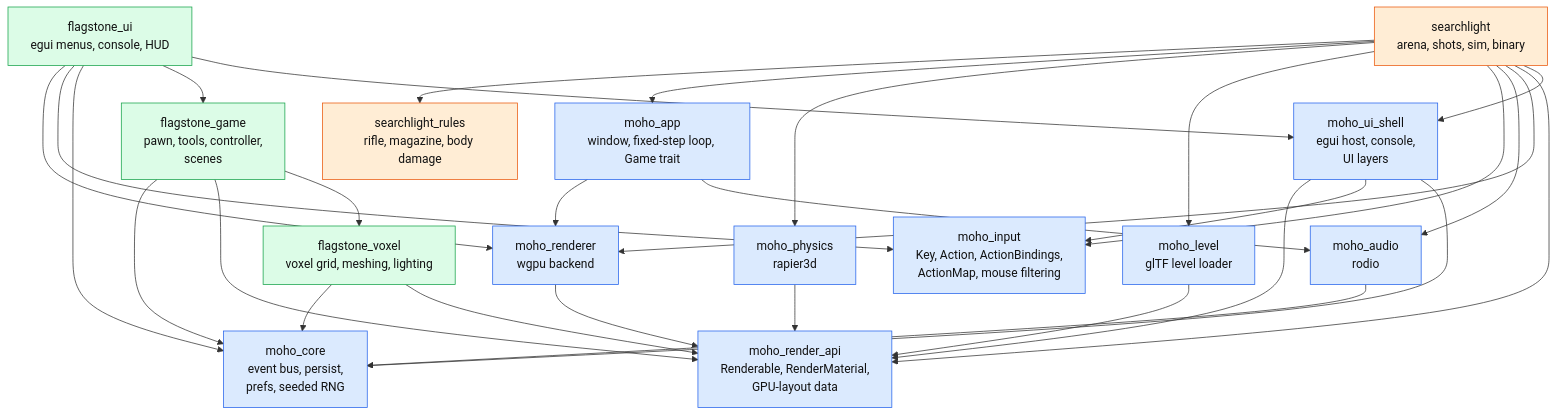
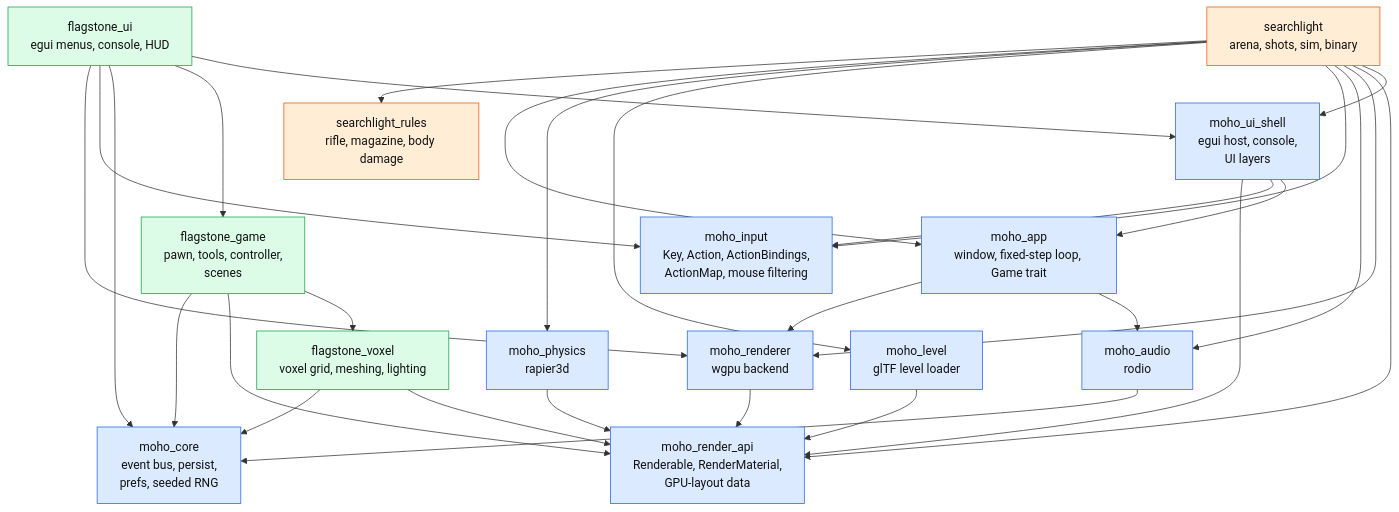
The first of 3 diagrams in wiki/architecture/overview.md (WrackedFella/moho), drawn with Mermaid before and after one commit. The commit also changed 2 other files, not shown here.

Commit message:
docs(wiki): engine console commands, the reserved console binding, shell deps (ENG-F18-05)
Refs #403

Claude-Session: https://claude.ai/code/session_01PDYRKqt8dXY7z1xHDN18fG

````diff
--- a/wiki/architecture/overview.md
+++ b/wiki/architecture/overview.md
@@ -18,33 +18,33 @@
 ```mermaid
 flowchart TD
     ui["flagstone_ui<br/>egui menus, console, HUD"]:::strategy
     game["flagstone_game<br/>pawn, tools, controller,<br/>scenes"]:::strategy
     voxel["flagstone_voxel<br/>voxel grid, meshing, lighting"]:::strategy
 
     renderer["moho_renderer<br/>wgpu backend"]:::engine
     rapi["moho_render_api<br/>Renderable, RenderMaterial,<br/>GPU-layout data"]:::engine
     core["moho_core<br/>event bus, persist,<br/>prefs, seeded RNG"]:::engine
     audio["moho_audio<br/>rodio"]:::engine
     physics["moho_physics<br/>rapier3d"]:::engine
     input["moho_input<br/>Key, Action, ActionBindings,<br/>ActionMap, mouse filtering"]:::engine
     app["moho_app<br/>window, fixed-step loop, Game trait"]:::engine
     level["moho_level<br/>glTF level loader"]:::engine
     shell["moho_ui_shell<br/>egui host, console,<br/>UI layers"]:::engine
     fps["searchlight_rules<br/>rifle, magazine, body damage"]:::fps
     fpsgame["searchlight<br/>arena, shots, sim, binary"]:::fps
 
     ui --> renderer & input & core & game & shell
     game --> core & rapi & voxel
     voxel --> core & rapi
     renderer --> rapi
     app --> renderer & audio
     audio --> core
     physics --> rapi
     level --> rapi
-    shell --> rapi & input & core
+    shell --> rapi & input & app
     fpsgame --> fps & app & physics & level & input & audio & renderer & rapi & shell
 
     classDef engine fill:#dbeafe,stroke:#2563eb,color:#111
     classDef strategy fill:#dcfce7,stroke:#16a34a,color:#111
     classDef fps fill:#ffedd5,stroke:#ea580c,color:#111
 ```
````
